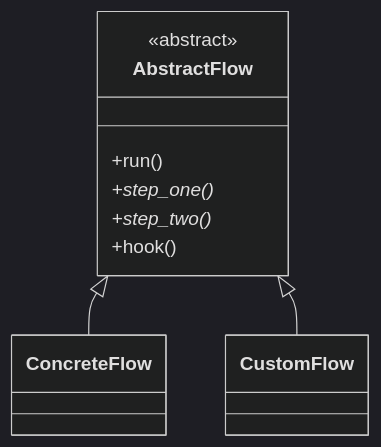
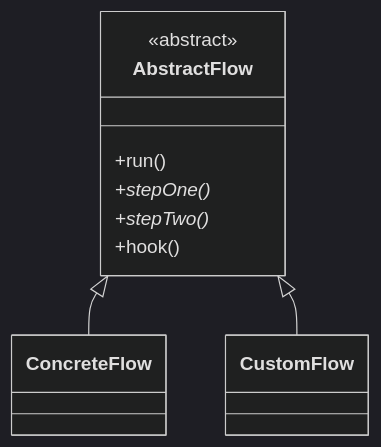
Before and after one commit to Lightbridge-KS/software-design-ai-era: the fourth of 4 diagrams in src/content/docs/part-3-patterns/13-strategy-and-template-method.mdx, drawn with Mermaid (dark theme). The commit also changed other lines of this file and 23 other files, not shown here.

````diff
--- a/src/content/docs/part-3-patterns/13-strategy-and-template-method.mdx
+++ b/src/content/docs/part-3-patterns/13-strategy-and-template-method.mdx
@@ -496,12 +689,12 @@
 ```mermaid
 classDiagram
     class AbstractFlow {
         <<abstract>>
         +run()
-        +step_one()*
-        +step_two()*
+        +stepOne()*
+        +stepTwo()*
         +hook()
     }
     AbstractFlow <|-- ConcreteFlow
     AbstractFlow <|-- CustomFlow
 ```
````
